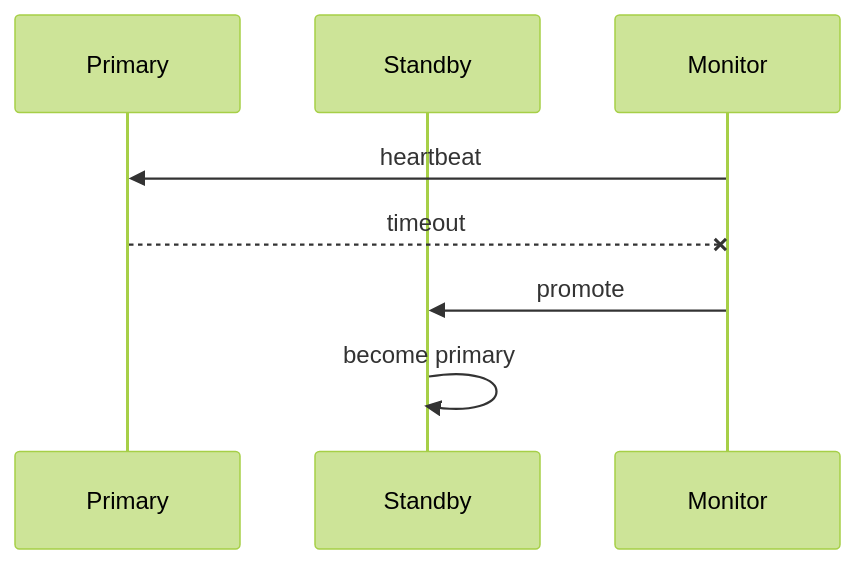
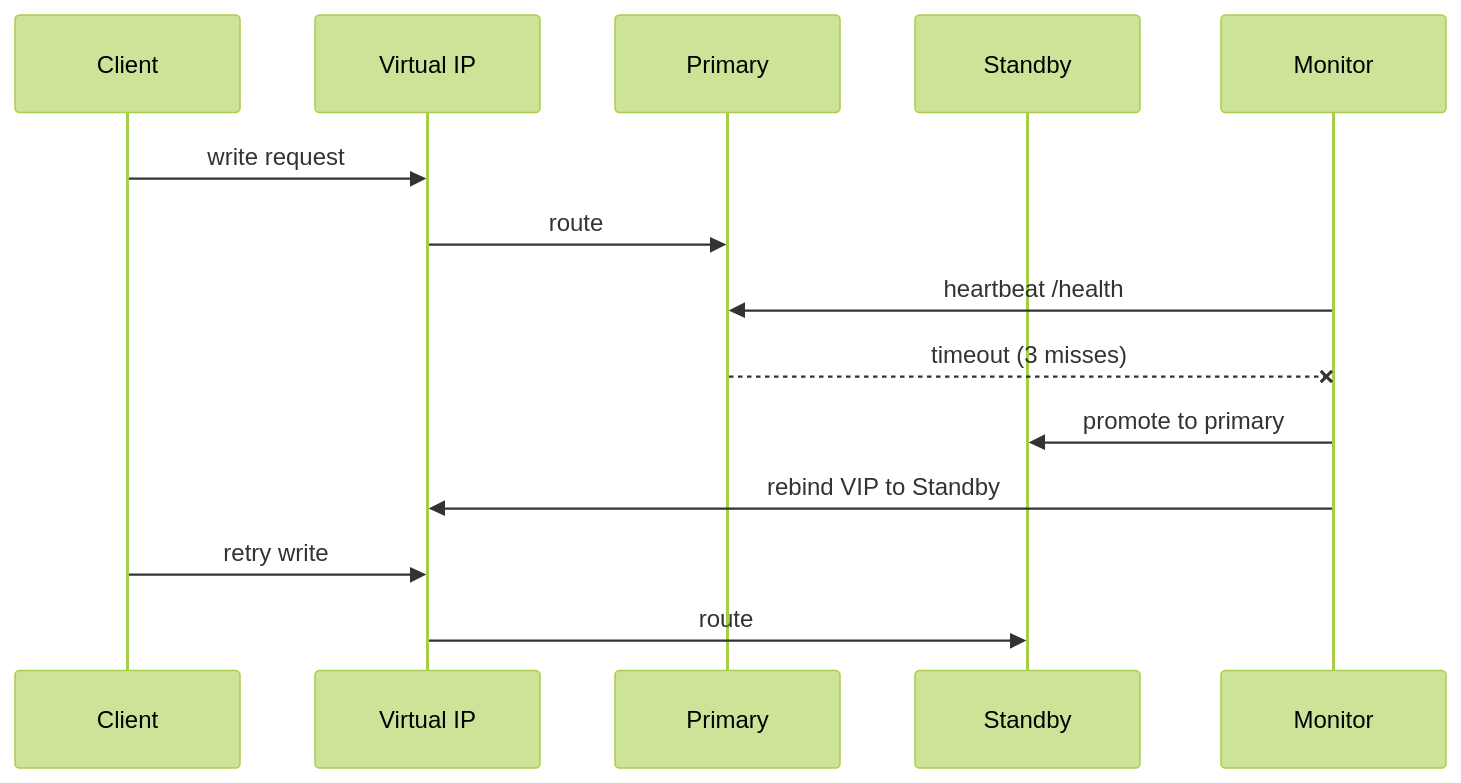
One commit to hareramcse/SystemDesign changed diagram 13 of 27 in 04-distributed-system/README.md. Above: the diagram before and after it, drawn with Mermaid (forest theme). The commit also changed other lines of this file and 14 other files, not shown here.

````diff
--- a/04-distributed-system/README.md
+++ b/04-distributed-system/README.md
@@ -597,10 +837,16 @@
 ```mermaid
 sequenceDiagram
+    participant Client
+    participant VIP as Virtual IP
     participant Primary
     participant Standby
     participant Monitor
-    Monitor->>Primary: heartbeat
-    Primary--xMonitor: timeout
-    Monitor->>Standby: promote
-    Standby->>Standby: become primary
+    Client->>VIP: write request
+    VIP->>Primary: route
+    Monitor->>Primary: heartbeat /health
+    Primary--xMonitor: timeout (3 misses)
+    Monitor->>Standby: promote to primary
+    Monitor->>VIP: rebind VIP to Standby
+    Client->>VIP: retry write
+    VIP->>Standby: route
 ```
````
